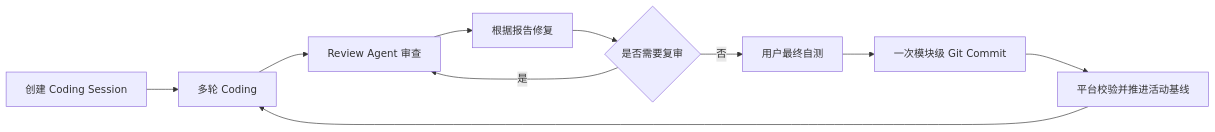
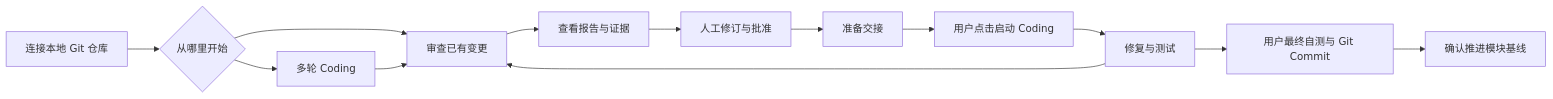
One commit to smile-gu/Code-Weave changed the first of 2 diagrams in README.md. Above: the diagram before and after it, drawn with Mermaid. The commit also changed other lines of this file, not shown here.

````diff
--- a/README.md
+++ b/README.md
@@ -20,12 +62,15 @@
 ```mermaid
 flowchart LR
-    A[创建 Coding Session] --> B[多轮 Coding]
-    B --> C[Review Agent 审查]
-    C --> D[根据报告修复]
-    D --> E{是否需要复审}
-    E -->|是| C
-    E -->|否| F[用户最终自测]
-    F --> G[一次模块级 Git Commit]
-    G --> H[平台校验并推进活动基线]
-    H --> B
+    A[连接本地 Git 仓库] --> B{从哪里开始}
+    B --> C[多轮 Coding]
+    B --> D[审查已有变更]
+    C --> D
+    D --> E[查看报告与证据]
+    E --> F[人工修订与批准]
+    F --> G[准备交接]
+    G --> H[用户点击启动 Coding]
+    H --> I[修复与测试]
+    I --> D
+    I --> J[用户最终自测与 Git Commit]
+    J --> K[确认推进模块基线]
 ```
````
